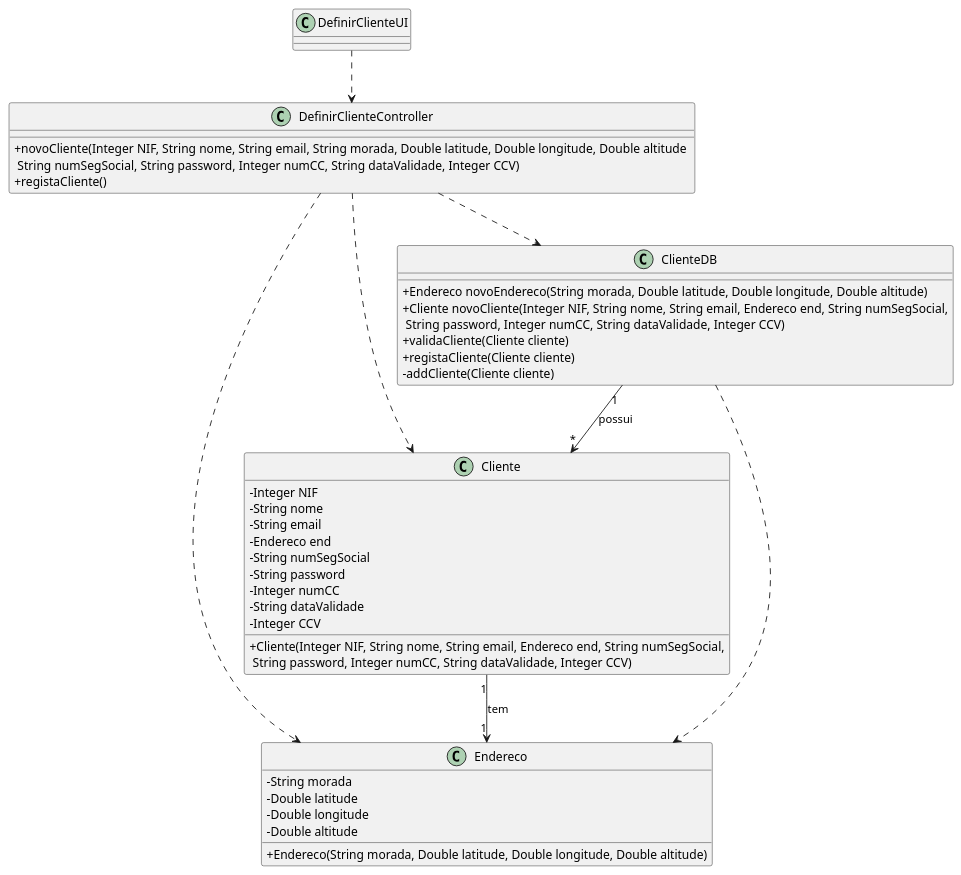
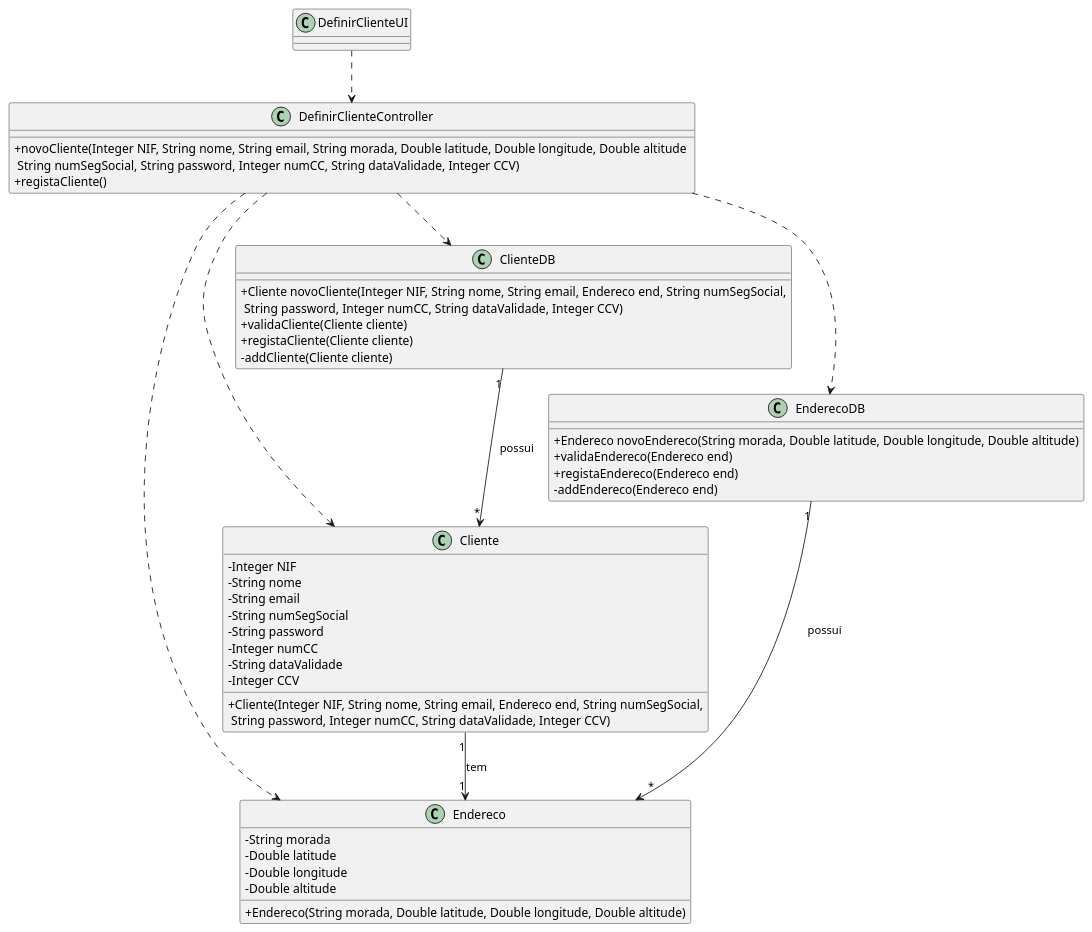
Before and after one commit to pedrolemos4/LAPR3: the diagram in docs/UC7/CD-REGISTAR CLIENTE.puml, drawn with PlantUML. The commit also changed 3 other files, not shown here.

```diff
--- a/docs/UC7/CD-REGISTAR CLIENTE.puml
+++ b/docs/UC7/CD-REGISTAR CLIENTE.puml
@@ -1,52 +1,58 @@
 @startuml
 skinparam classAttributeIconSize 0
 
 class Cliente {
   -Integer NIF
   -String nome
   -String email
-  -Endereco end
   -String numSegSocial
   -String password
   -Integer numCC
   -String dataValidade
   -Integer CCV
   +Cliente(Integer NIF, String nome, String email, Endereco end, String numSegSocial,\n String password, Integer numCC, String dataValidade, Integer CCV)
 }
 
 class Endereco {
   -String morada
   -Double latitude
   -Double longitude
   -Double altitude 
   +Endereco(String morada, Double latitude, Double longitude, Double altitude)
 }
 
 class ClienteDB {
-  +Endereco novoEndereco(String morada, Double latitude, Double longitude, Double altitude)
   +Cliente novoCliente(Integer NIF, String nome, String email, Endereco end, String numSegSocial,\n String password, Integer numCC, String dataValidade, Integer CCV)
   +validaCliente(Cliente cliente)
   +registaCliente(Cliente cliente)
   -addCliente(Cliente cliente)
+}
+
+class EnderecoDB {
+  +Endereco novoEndereco(String morada, Double latitude, Double longitude, Double altitude)
+  +validaEndereco(Endereco end)
+  +registaEndereco(Endereco end)
+  -addEndereco(Endereco end)
 }
 
 class DefinirClienteController {
   +novoCliente(Integer NIF, String nome, String email, String morada, Double latitude, Double longitude, Double altitude \n String numSegSocial, String password, Integer numCC, String dataValidade, Integer CCV)
   +registaCliente()
 }
 
 class DefinirClienteUI {
   
 }
 
 DefinirClienteUI ..> DefinirClienteController
 DefinirClienteController ..> ClienteDB
+DefinirClienteController ..> EnderecoDB
 DefinirClienteController ..> Cliente
 DefinirClienteController ..> Endereco
-ClienteDB ..> Endereco
 
 ClienteDB "1" --> "*" Cliente : possui
+EnderecoDB "1" --> "*" Endereco : possui
 Cliente "1" --> "1" Endereco : tem
 
 
 @enduml
```
